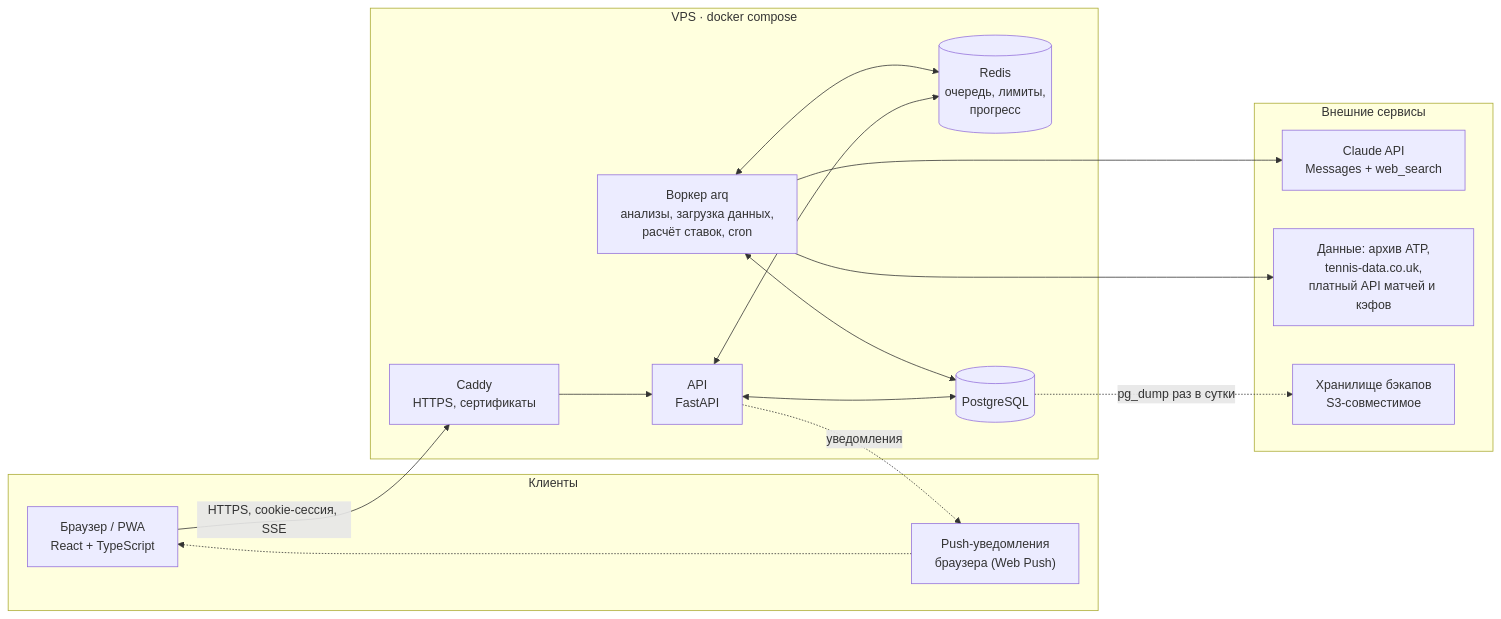
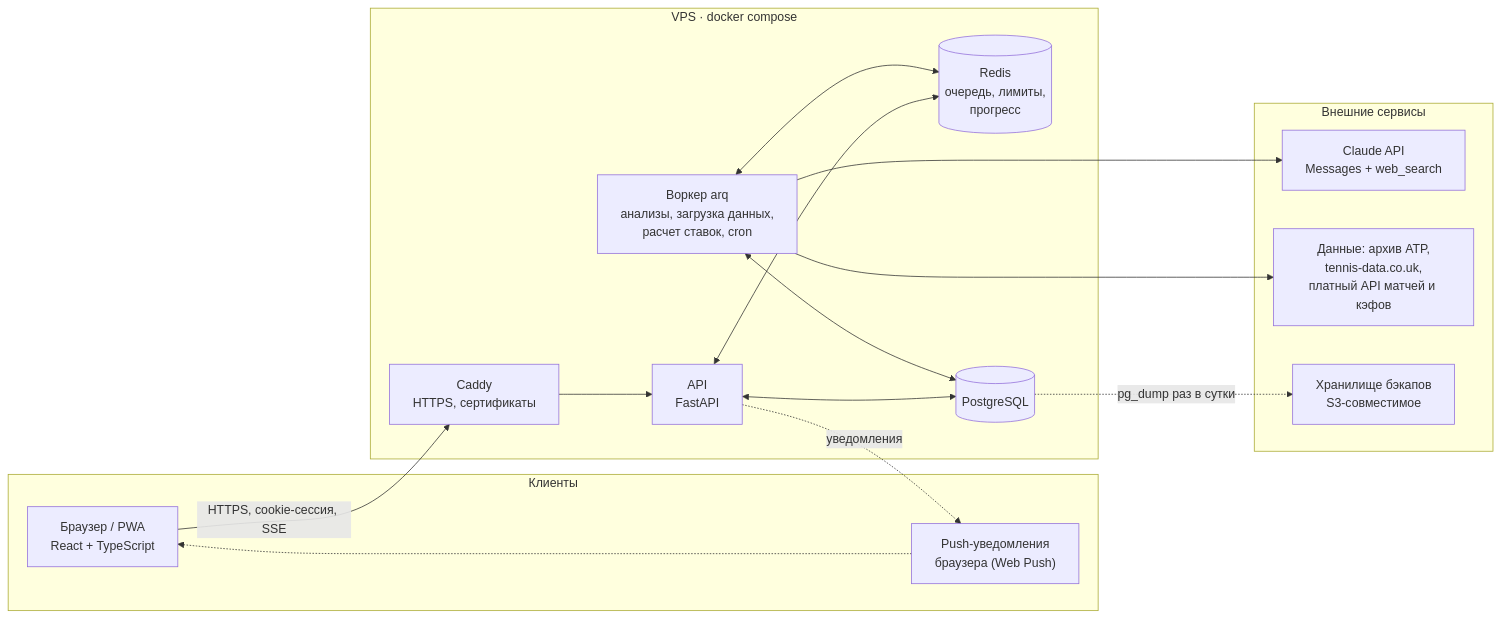
One commit to rvburov/ai_agent_capper changed the first of 3 diagrams in docs/PLAN.md. Above: the diagram before and after it, drawn with Mermaid. The commit also changed other lines of this file and 31 other files, not shown here.

````diff
--- a/docs/PLAN.md
+++ b/docs/PLAN.md
@@ -183,30 +183,30 @@
 ```mermaid
 flowchart LR
   subgraph clients["Клиенты"]
     W["Браузер / PWA<br/>React + TypeScript"]
     N["Push-уведомления<br/>браузера (Web Push)"]
   end
   subgraph vps["VPS · docker compose"]
     C["Caddy<br/>HTTPS, сертификаты"]
     A["API<br/>FastAPI"]
-    WK["Воркер arq<br/>анализы, загрузка данных,<br/>расчёт ставок, cron"]
+    WK["Воркер arq<br/>анализы, загрузка данных,<br/>расчет ставок, cron"]
     R[("Redis<br/>очередь, лимиты,<br/>прогресс")]
     P[("PostgreSQL")]
   end
   subgraph ext["Внешние сервисы"]
     CL["Claude API<br/>Messages + web_search"]
     D["Данные: архив ATP,<br/>tennis-data.co.uk,<br/>платный API матчей и кэфов"]
     BK["Хранилище бэкапов<br/>S3-совместимое"]
   end
   W -- "HTTPS, cookie-сессия, SSE" --> C
   A -. "уведомления" .-> N
   N -.-> W
   C --> A
   A <--> P
   A <--> R
   WK <--> R
   WK <--> P
   WK --> CL
   WK --> D
   P -. "pg_dump раз в сутки" .-> BK
 ```
````
